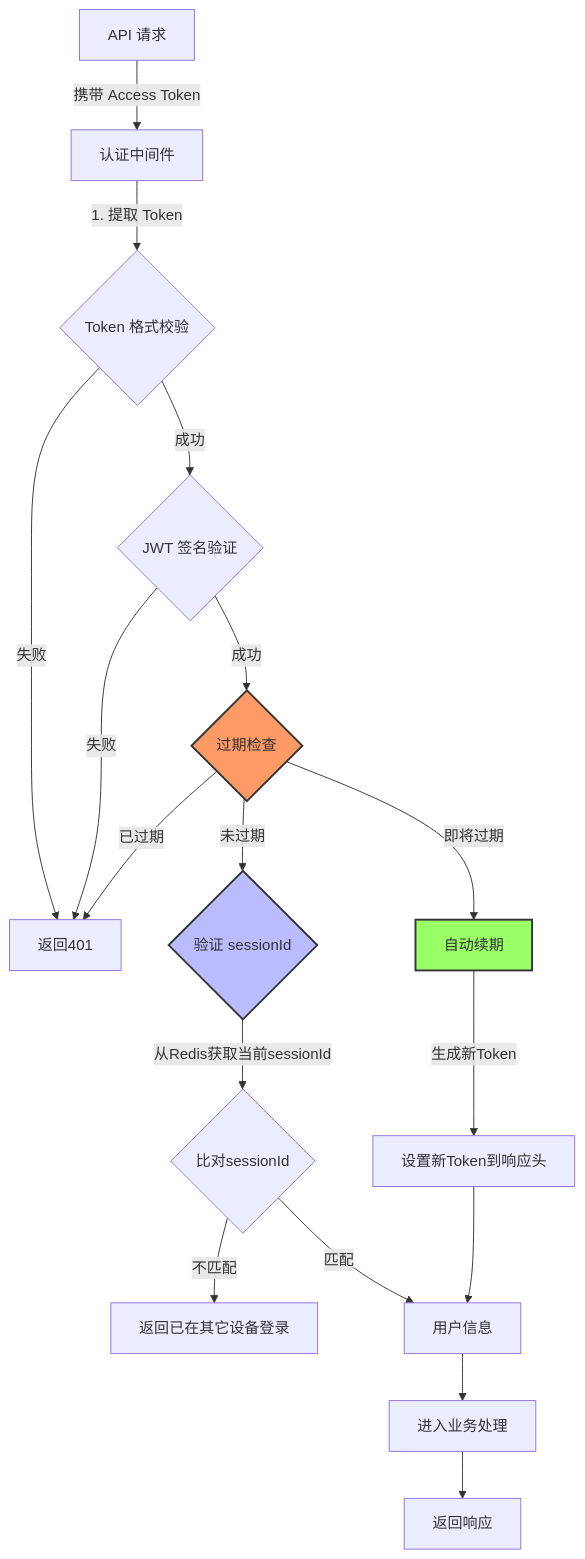
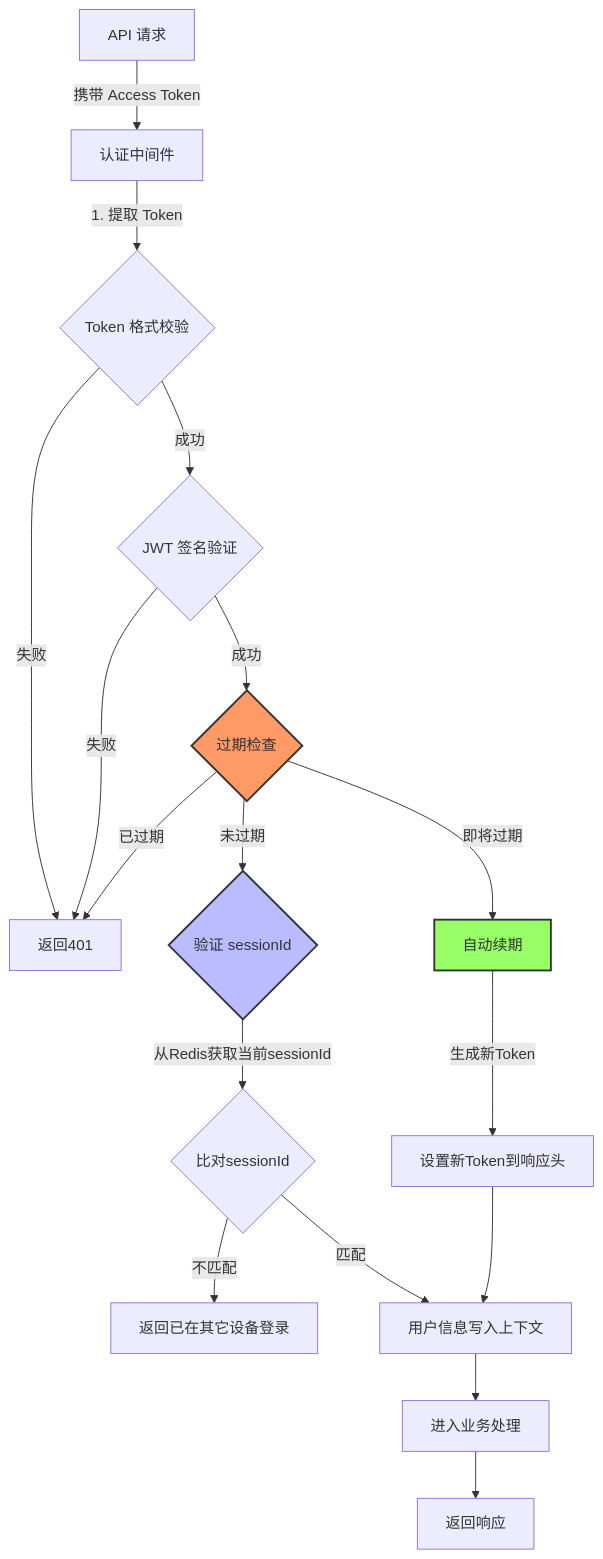
Before and after one commit to yingjianzh/iodraw-files: the diagram in all/未命名-12.md, drawn with Mermaid.

Commit message:
2025-01-03 09:31:28 update

````diff
--- a/all/未命名-12.md
+++ b/all/未命名-12.md
@@ -1,27 +1,27 @@
 ```mermaid
 flowchart TD
     
     A[API 请求] -->|携带 Access Token| B[认证中间件]
     B -->|1. 提取 Token| C{Token 格式校验}
     C -->|失败| D[返回401]
     C -->|成功| E{JWT 签名验证}
     E -->|失败| D
     E -->|成功| F{过期检查}
     
     F -->|已过期| D
     F -->|即将过期| G[自动续期]
     F -->|未过期| H{验证 sessionId}
     
     H -->|从Redis获取当前sessionId| I{比对sessionId}
     I -->|不匹配| J[返回已在其它设备登录]
-    I -->|匹配| K[用户信息]
+    I -->|匹配| K[用户信息写入上下文]
     K --> L[进入业务处理]
     L --> N[返回响应]
     
     G -->|生成新Token| M[设置新Token到响应头]
     M --> K
 
     style F fill:#f96,stroke:#333,stroke-width:2px
     style H fill:#bbf,stroke:#333,stroke-width:2px
     style G fill:#9f6,stroke:#333,stroke-width:2px
 ```
````
